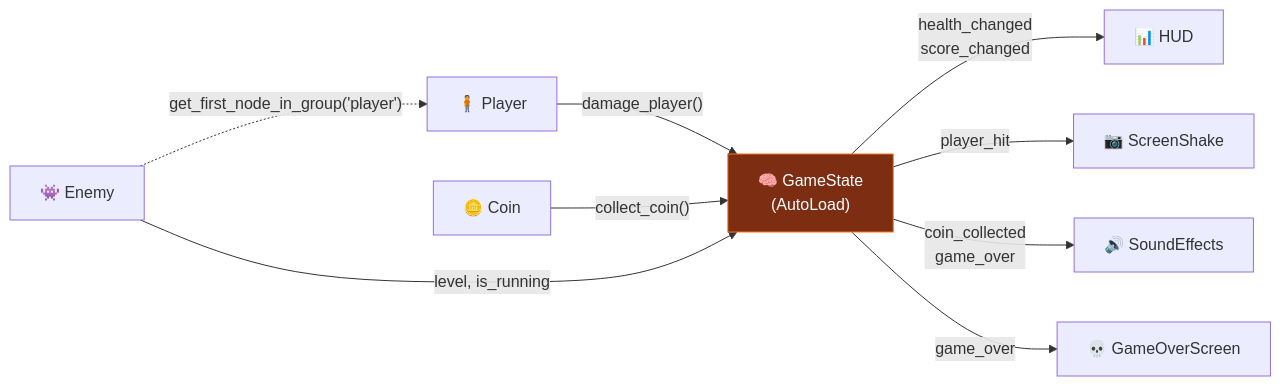
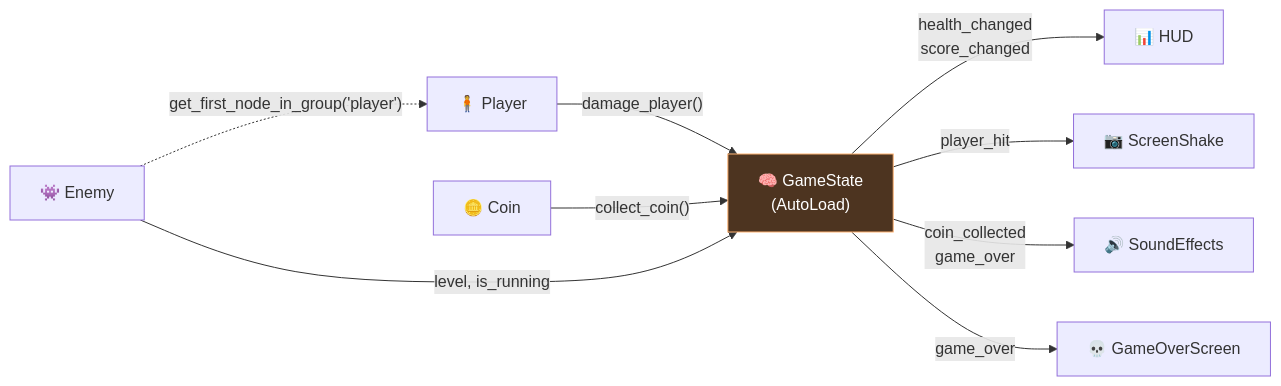
One commit to joranmarcy/Godot-MEDS-Comparison changed the first of 3 diagrams in presentation/slides.md. Above: the diagram before and after it, drawn with Mermaid. The commit also changed other lines of this file and 11 other files, not shown here.

````diff
--- a/presentation/slides.md
+++ b/presentation/slides.md
@@ -470,14 +480,14 @@
 ```mermaid
 flowchart LR
   Player["🧍 Player"] -- "damage_player()" --> GS
   Coin["🪙 Coin"] -- "collect_coin()" --> GS
   Enemy["👾 Enemy"] -- "level, is_running" --> GS
   Enemy -. "get_first_node_in_group('player')" .-> Player
   GS["🧠 GameState<br/>(AutoLoad)"]
   GS -- "health_changed<br/>score_changed" --> HUD["📊 HUD"]
   GS -- "player_hit" --> Shake["📷 ScreenShake"]
   GS -- "coin_collected<br/>game_over" --> SFX["🔊 SoundEffects"]
   GS -- "game_over" --> GO["💀 GameOverScreen"]
-  classDef core fill:#7c2d12,stroke:#f97316,color:#fff
+  classDef core fill:#4d3420,stroke:#ffb373,color:#fff
   class GS core
 ```
````
